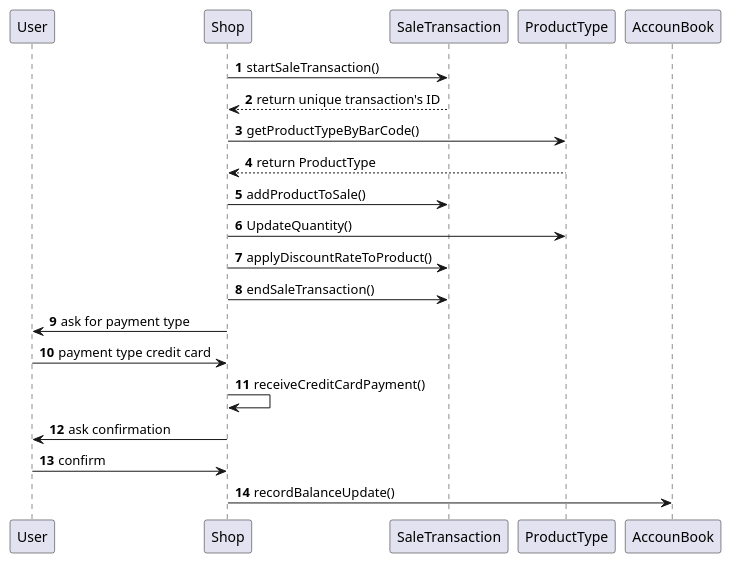
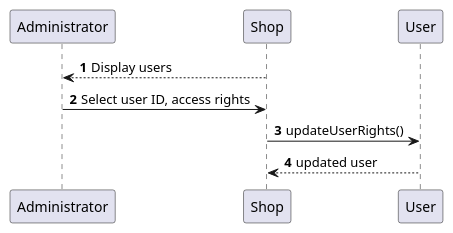
One commit to b3xul/ezshop changed the eighth of 14 diagrams in Deliverables/DesignDocument.md. Above: the diagram before and after it, drawn with PlantUML. The commit also changed other lines of this file and 1 other file, not shown here.

Commit message:
updated sequences

````diff
--- a/Deliverables/DesignDocument.md
+++ b/Deliverables/DesignDocument.md
@@ -364,27 +357,15 @@
 ```plantuml
 @startuml
 
+participant Administrator
+participant Shop
 participant User
-participant Shop
-participant SaleTransaction
-participant ProductType
-participant AccounBook
 
 autonumber
-Shop -> SaleTransaction : startSaleTransaction()
-SaleTransaction --> Shop: return unique transaction's ID
-Shop -> ProductType : getProductTypeByBarCode()
-ProductType --> Shop: return ProductType
-Shop -> SaleTransaction : addProductToSale()
-Shop -> ProductType : UpdateQuantity()
-Shop -> SaleTransaction : applyDiscountRateToProduct()
-Shop -> SaleTransaction : endSaleTransaction()
-Shop -> User: ask for payment type
-User -> Shop : payment type credit card
-Shop -> Shop : receiveCreditCardPayment() 
-Shop -> User: ask confirmation
-User -> Shop: confirm
-Shop -> AccounBook: recordBalanceUpdate()
+Shop --> Administrator: Display users
+Administrator -> Shop : Select user ID, access rights
+Shop -> User: updateUserRights()
+User --> Shop: updated user
 
 @enduml
 ```
````
